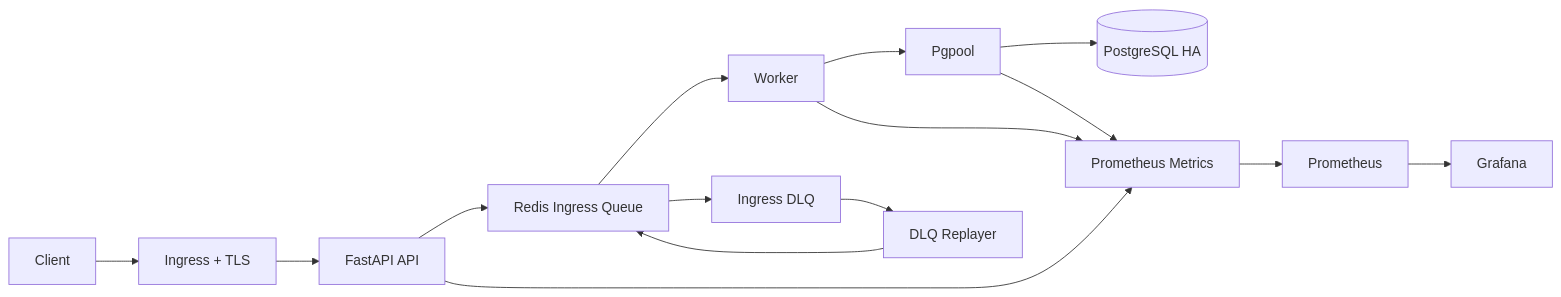
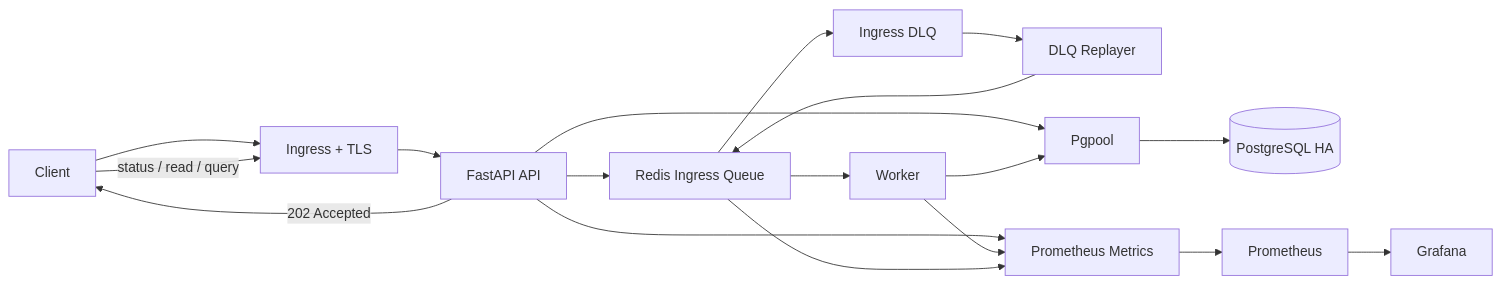
The diagram in README.md (Jangwanko/Cloud_portfolio), drawn with Mermaid before and after one commit. The commit also changed other lines of this file, not shown here.

````diff
--- a/README.md
+++ b/README.md
@@ -28,17 +28,20 @@
 ```mermaid
 flowchart LR
     Client[Client] --> Ingress[Ingress + TLS]
     Ingress --> API[FastAPI API]
+    API -->|202 Accepted| Client
+    Client -->|status / read / query| Ingress
     API --> Queue[Redis Ingress Queue]
     Queue --> Worker[Worker]
     Queue --> DLQ[Ingress DLQ]
     DLQ --> Replayer[DLQ Replayer]
     Replayer --> Queue
-    Worker --> Pgpool[Pgpool]
+    API --> Pgpool[Pgpool]
+    Worker --> Pgpool
     Pgpool --> DB[(PostgreSQL HA)]
     API --> Metrics[Prometheus Metrics]
     Worker --> Metrics
-    Pgpool --> Metrics
+    Queue --> Metrics
     Metrics --> Prom[Prometheus]
     Prom --> Grafana[Grafana]
 ```
````
